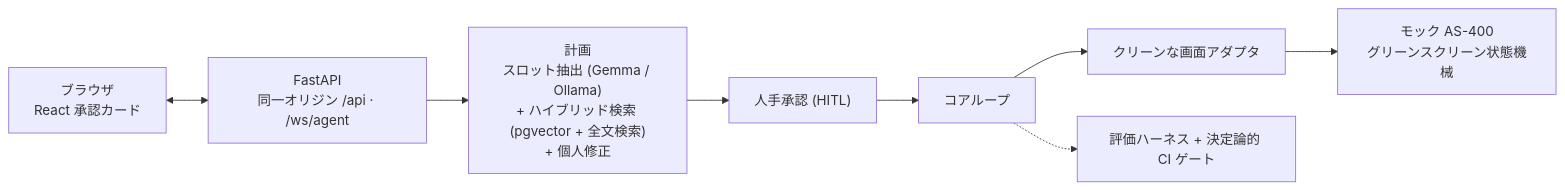
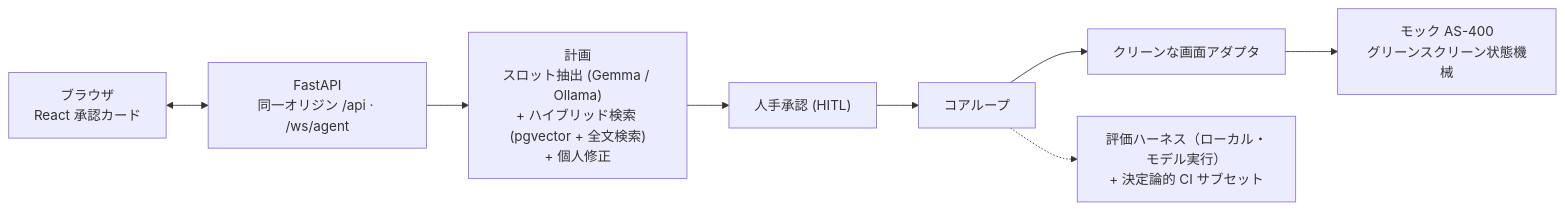
Before and after one commit to seunghwan-dev/tanomude: the diagram in README.ja.md, drawn with Mermaid. The commit also changed other lines of this file and 1 other file, not shown here.

````diff
--- a/README.ja.md
+++ b/README.ja.md
@@ -22,11 +34,11 @@
 ```mermaid
 flowchart LR
   B["ブラウザ<br/>React 承認カード"] <--> API["FastAPI<br/>同一オリジン /api · /ws/agent"]
   API --> P["計画<br/>スロット抽出 (Gemma / Ollama)<br/>+ ハイブリッド検索 (pgvector + 全文検索)<br/>+ 個人修正"]
   P --> H["人手承認 (HITL)"]
   H --> C["コアループ"]
   C --> AD["クリーンな画面アダプタ"]
   AD --> M["モック AS-400<br/>グリーンスクリーン状態機械"]
-  EV["評価ハーネス + 決定論的 CI ゲート"]
+  EV["評価ハーネス（ローカル・モデル実行）<br/>+ 決定論的 CI サブセット"]
   C -.-> EV
 ```
````
